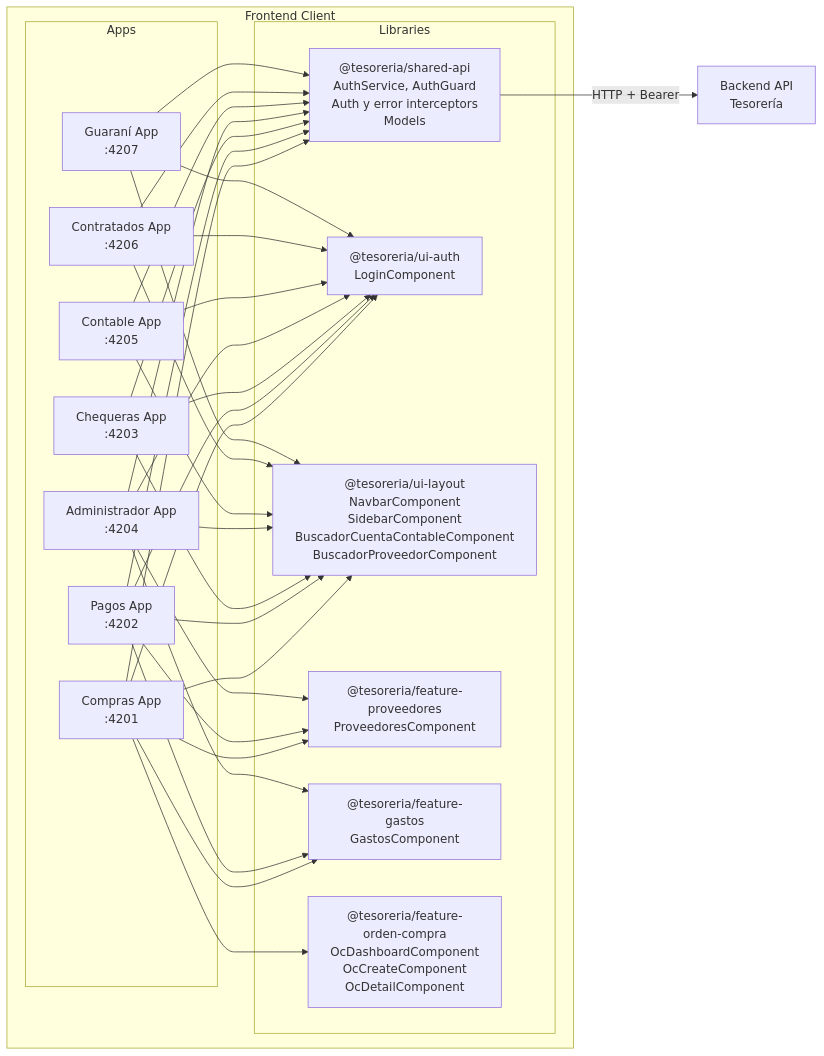
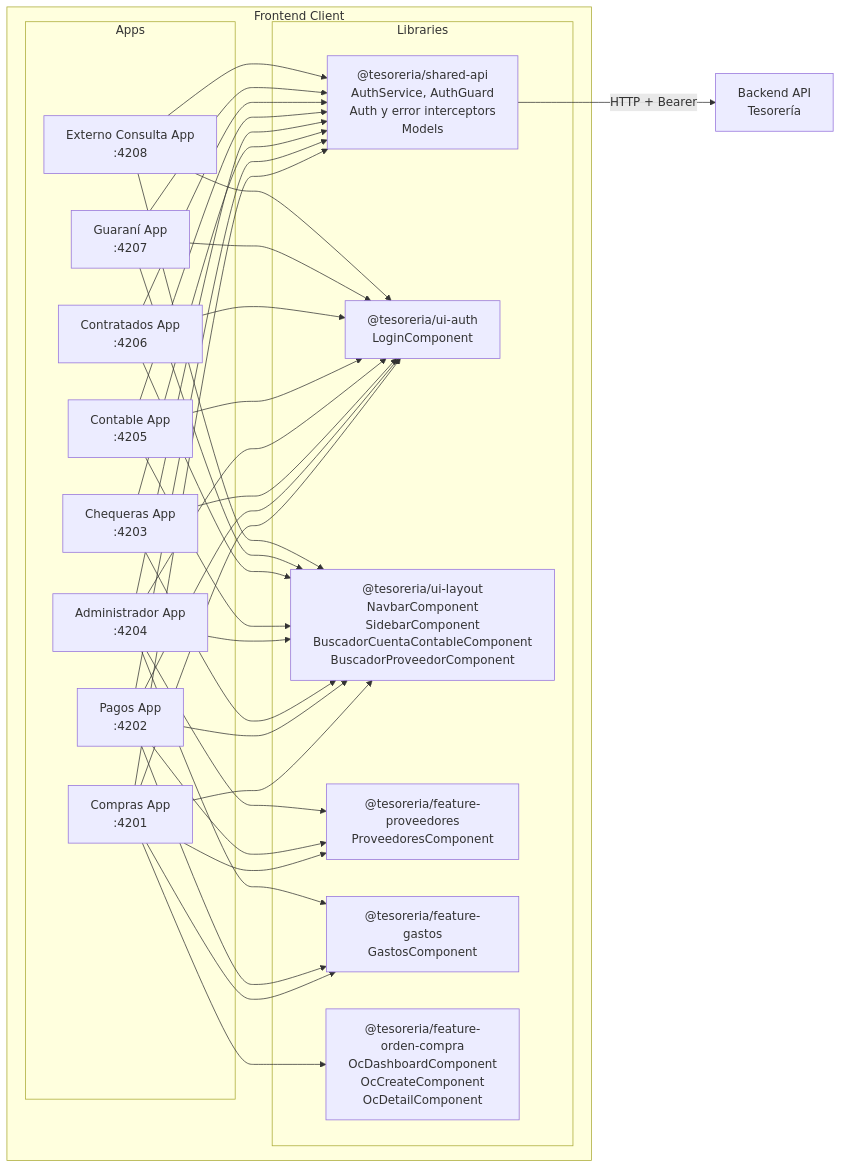
Before and after one commit to UM-services/UM.tesoreria.frontend-client: the first of 8 diagrams in docs/architecture.md, drawn with Mermaid. The commit also changed 27 other files, not shown here.

First line of the commit message:
feat(externo-consulta): add consulta externa app

````diff
--- a/docs/architecture.md
+++ b/docs/architecture.md
@@ -5,60 +5,65 @@
 ```mermaid
     flowchart LR
     subgraph "Frontend Client"
         subgraph "Apps"
             Compras["Compras App<br/>:4201"]
             Pagos["Pagos App<br/>:4202"]
             Chequeras["Chequeras App<br/>:4203"]
             Admin["Administrador App<br/>:4204"]
             Contable["Contable App<br/>:4205"]
             Contratados["Contratados App<br/>:4206"]
             Guarani["Guaraní App<br/>:4207"]
+            ExternoConsulta["Externo Consulta App<br/>:4208"]
         end
 
         subgraph "Libraries"
             SharedAPI["@tesoreria/shared-api<br/>AuthService, AuthGuard<br/>Auth y error interceptors<br/>Models"]
             UIAuth["@tesoreria/ui-auth<br/>LoginComponent"]
             UILayout["@tesoreria/ui-layout<br/>NavbarComponent<br/>SidebarComponent<br/>BuscadorCuentaContableComponent<br/>BuscadorProveedorComponent"]
             FeatureProveedores["@tesoreria/feature-proveedores<br/>ProveedoresComponent"]
             FeatureGastos["@tesoreria/feature-gastos<br/>GastosComponent"]
             FeatureOrdenCompra["@tesoreria/feature-orden-compra<br/>OcDashboardComponent<br/>OcCreateComponent<br/>OcDetailComponent"]
         end
     end
 
     Compras --> SharedAPI
     Compras --> UIAuth
     Compras --> UILayout
     Compras --> FeatureProveedores
     Compras --> FeatureGastos
     Compras --> FeatureOrdenCompra
 
     Pagos --> SharedAPI
     Pagos --> UIAuth
     Pagos --> UILayout
     Pagos --> FeatureProveedores
     Pagos --> FeatureGastos
 
     Chequeras --> SharedAPI
     Chequeras --> UIAuth
     Chequeras --> UILayout
 
     Admin --> SharedAPI
     Admin --> UIAuth
     Admin --> UILayout
     Admin --> FeatureProveedores
     Admin --> FeatureGastos
 
     Contable --> SharedAPI
     Contable --> UIAuth
     Contable --> UILayout
 
     Contratados --> SharedAPI
     Contratados --> UIAuth
     Contratados --> UILayout
 
     Guarani --> SharedAPI
     Guarani --> UIAuth
     Guarani --> UILayout
 
+    ExternoConsulta --> SharedAPI
+    ExternoConsulta --> UIAuth
+    ExternoConsulta --> UILayout
+
     SharedAPI -->|"HTTP + Bearer"| BackendAPI["Backend API<br/>Tesorería"]
 ```
````
